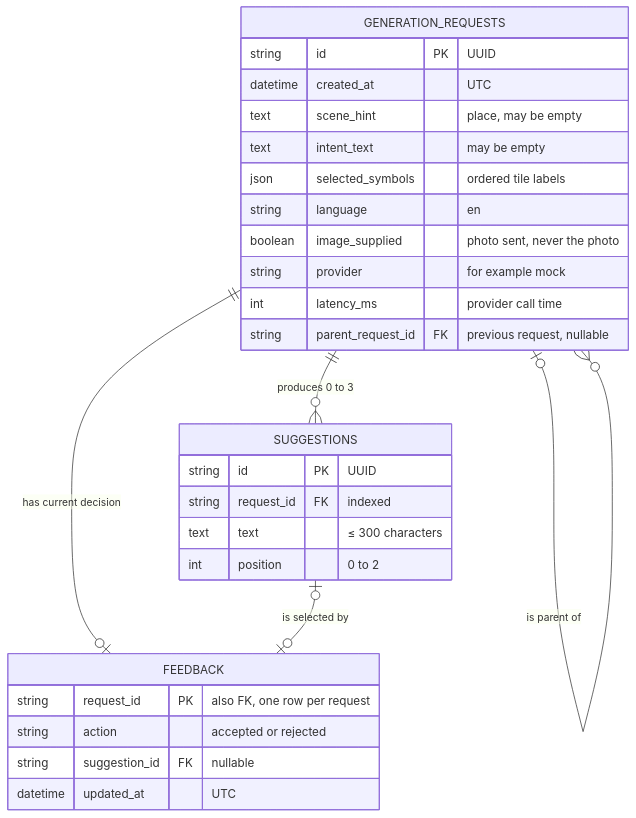
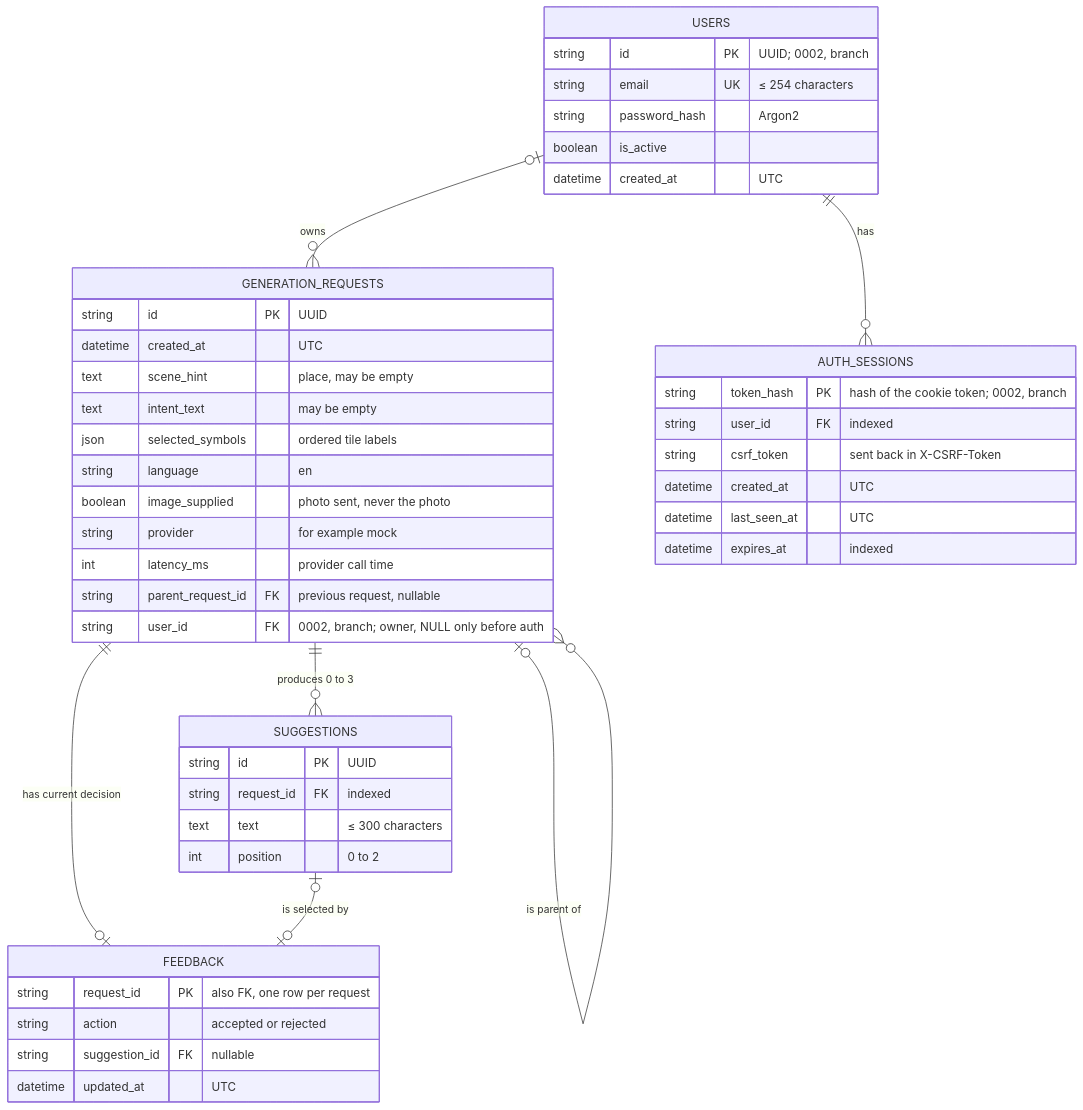
Diagram 17 of 27 in docs/design/SAD_v0.4.md (bhsei/26B), drawn with Mermaid before and after one commit. The commit also changed other lines of this file, not shown here.

Commit message:
W11 - SAD v0.4; authentication of refactor-backend shown dashed after team review (Figures 2, 8, 14, 15, 17, Table 11, D-06), ERD with users, auth_sessions and user_id of migration 0002

````diff
--- a/docs/design/SAD_v0.4.md
+++ b/docs/design/SAD_v0.4.md
@@ -1087,31 +1111,49 @@
 ```mermaid
 erDiagram
     GENERATION_REQUESTS {
         string id PK "UUID"
         datetime created_at "UTC"
         text scene_hint "place, may be empty"
         text intent_text "may be empty"
         json selected_symbols "ordered tile labels"
         string language "en"
         boolean image_supplied "photo sent, never the photo"
         string provider "for example mock"
         int latency_ms "provider call time"
         string parent_request_id FK "previous request, nullable"
+        string user_id FK "0002, branch; owner, NULL only before auth"
     }
     SUGGESTIONS {
         string id PK "UUID"
         string request_id FK "indexed"
         text text "≤ 300 characters"
         int position "0 to 2"
     }
     FEEDBACK {
         string request_id PK "also FK, one row per request"
         string action "accepted or rejected"
         string suggestion_id FK "nullable"
         datetime updated_at "UTC"
     }
     GENERATION_REQUESTS ||--o{ SUGGESTIONS : "produces 0 to 3"
     GENERATION_REQUESTS ||--o| FEEDBACK : "has current decision"
     SUGGESTIONS |o--o| FEEDBACK : "is selected by"
     GENERATION_REQUESTS |o--o{ GENERATION_REQUESTS : "is parent of"
+    USERS {
+        string id PK "UUID; 0002, branch"
+        string email UK "≤ 254 characters"
+        string password_hash "Argon2"
+        boolean is_active
+        datetime created_at "UTC"
+    }
+    AUTH_SESSIONS {
+        string token_hash PK "hash of the cookie token; 0002, branch"
+        string user_id FK "indexed"
+        string csrf_token "sent back in X-CSRF-Token"
+        datetime created_at "UTC"
+        datetime last_seen_at "UTC"
+        datetime expires_at "indexed"
+    }
+    USERS ||--o{ AUTH_SESSIONS : "has"
+    USERS |o--o{ GENERATION_REQUESTS : "owns"
 ```
````
